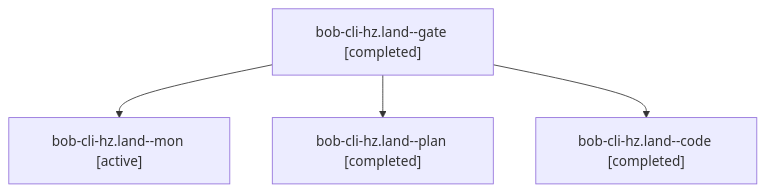
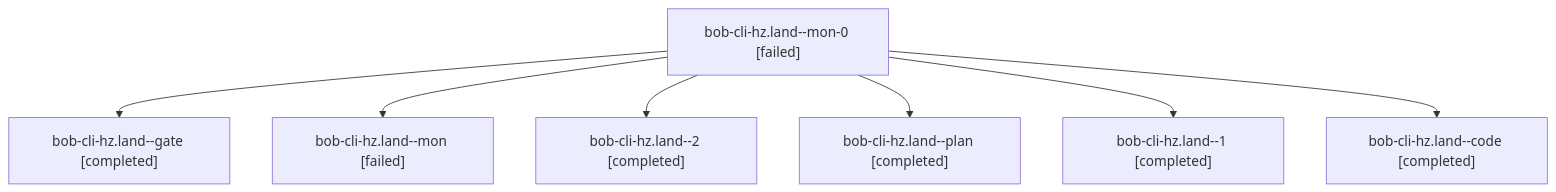
Before and after one commit to bobs-org/bob-cli--agents: the diagram in sessions/bbugyi200.athena.bob-cli-hz.land.md, drawn with Mermaid. The commit also changed other lines of this file and 65 other files, not shown here.

````diff
--- a/sessions/bbugyi200.athena.bob-cli-hz.land.md
+++ b/sessions/bbugyi200.athena.bob-cli-hz.land.md
@@ -9,10 +9,16 @@
 ```mermaid
 flowchart TD
-  n0["bob-cli-hz.land--gate [completed]"]
-  n1["bob-cli-hz.land--mon [active]"]
+  n0["bob-cli-hz.land--mon-0 [failed]"]
+  n1["bob-cli-hz.land--gate [completed]"]
   n0 --> n1
-  n2["bob-cli-hz.land--plan [completed]"]
+  n2["bob-cli-hz.land--mon [failed]"]
   n0 --> n2
-  n3["bob-cli-hz.land--code [completed]"]
+  n3["bob-cli-hz.land--2 [completed]"]
   n0 --> n3
+  n4["bob-cli-hz.land--plan [completed]"]
+  n0 --> n4
+  n5["bob-cli-hz.land--1 [completed]"]
+  n0 --> n5
+  n6["bob-cli-hz.land--code [completed]"]
+  n0 --> n6
 ```
````
